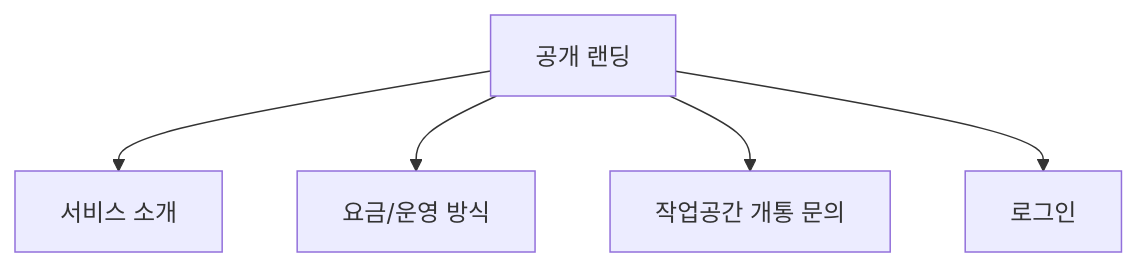
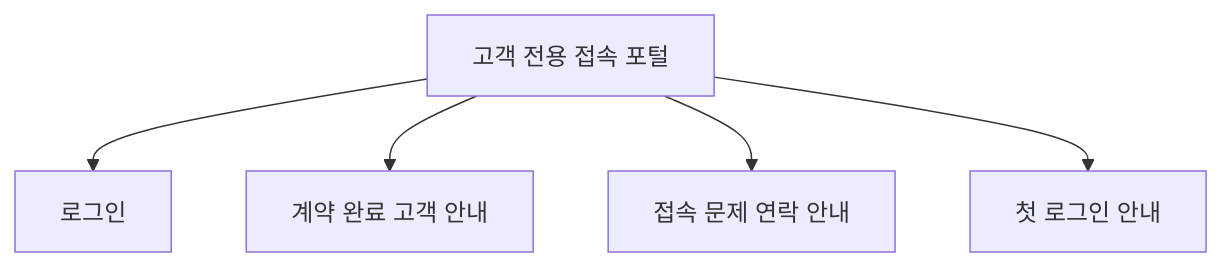
Before and after one commit to KimDDong03/AUTO-TAX: the third of 3 diagrams in docs/SITEMAP.md, drawn with Mermaid. The commit also changed other lines of this file and 16 other files, not shown here.

````diff
--- a/docs/SITEMAP.md
+++ b/docs/SITEMAP.md
@@ -88,7 +88,7 @@
 ```mermaid
 flowchart TD
-  A[공개 랜딩] --> B[서비스 소개]
-  A --> C[요금/운영 방식]
-  A --> D[작업공간 개통 문의]
-  A --> E[로그인]
+  A[고객 전용 접속 포털] --> B[로그인]
+  A --> C[계약 완료 고객 안내]
+  A --> D[접속 문제 연락 안내]
+  A --> E[첫 로그인 안내]
 ```
````
